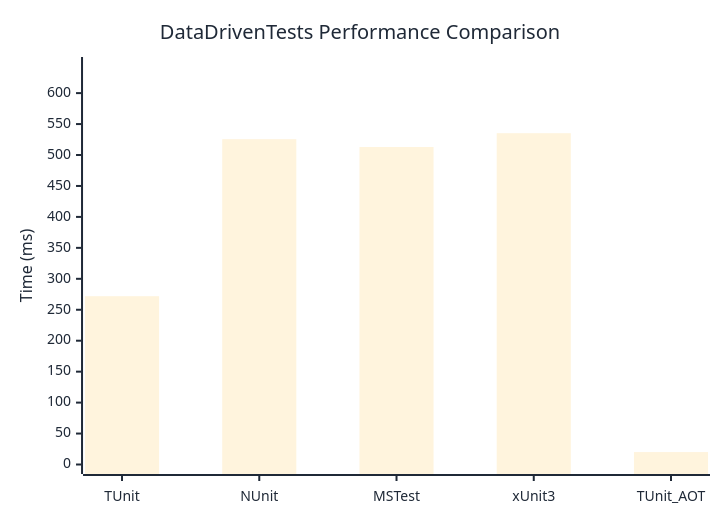
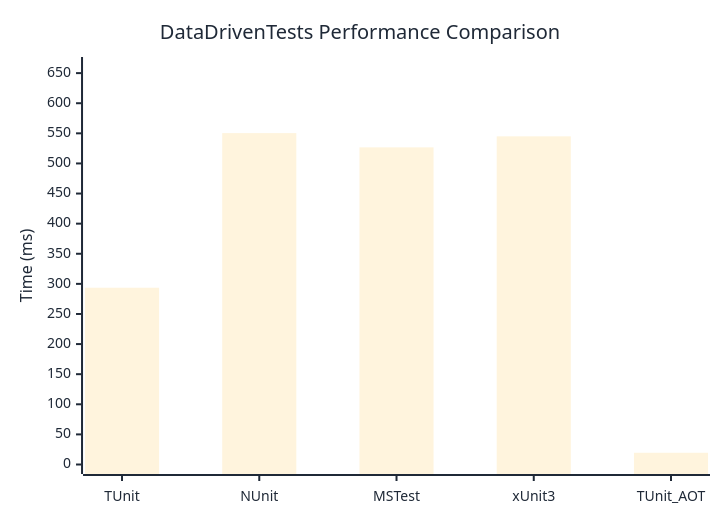
The diagram in docs/docs/benchmarks/engine/DataDrivenTests.md (thomhurst/TUnit), drawn with Mermaid before and after one commit. The commit also changed other lines of this file and 17 other files, not shown here.

````diff
--- a/docs/docs/benchmarks/engine/DataDrivenTests.md
+++ b/docs/docs/benchmarks/engine/DataDrivenTests.md
@@ -29,37 +29,37 @@
 ```mermaid
 %%{init: {
   'theme':'base',
   'themeVariables': {
     'primaryColor': '#2563eb',
     'primaryTextColor': '#1f2937',
     'primaryBorderColor': '#1e40af',
     'lineColor': '#6b7280',
     'secondaryColor': '#7c3aed',
     'tertiaryColor': '#dc2626',
     'background': '#ffffff',
     'mainBkg': '#2563eb',
     'secondBkg': '#7c3aed',
     'tertiaryBkg': '#dc2626',
     'clusterBkg': '#f3f4f6',
     'edgeLabelBackground': '#ffffff',
     'tertiaryTextColor': '#1f2937',
     'pie1': '#2563eb',
     'pie2': '#7c3aed',
     'pie3': '#dc2626',
     'pie4': '#f59e0b',
     'pie5': '#10b981',
     'pie6': '#06b6d4',
     'pie7': '#ec4899',
     'pie8': '#6366f1',
     'pie9': '#84cc16',
     'pie10': '#f97316',
     'pie11': '#14b8a6',
     'pie12': '#a855f7'
   }
 }}%%
 xychart-beta
   title "DataDrivenTests Performance Comparison"
   x-axis ["TUnit", "NUnit", "MSTest", "xUnit3", "TUnit_AOT"]
-  y-axis "Time (ms)" 0 --> 643
-  bar [271.92, 525.62, 512.93, 535.27, 20.08]
+  y-axis "Time (ms)" 0 --> 661
+  bar [293.57, 550.36, 526.7, 545.01, 19.48]
 ```
````
